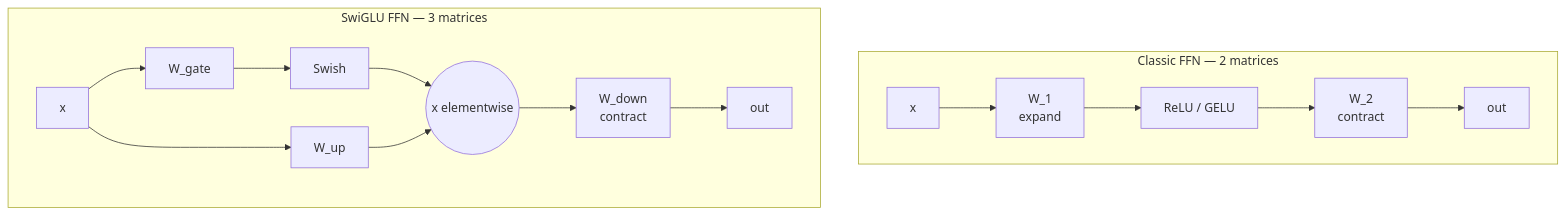
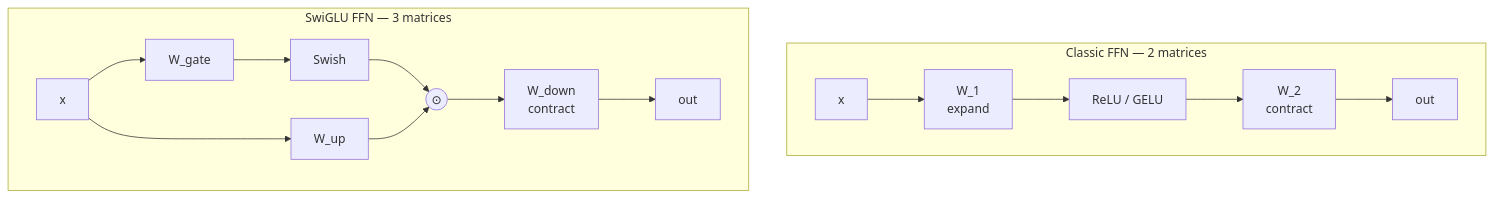
One commit to alliedbrother/ml-interview-notes changed the third of 3 diagrams in content/courses/transformers/07-ffn-and-activations.md. Above: the diagram before and after it, drawn with Mermaid. The commit also changed other lines of this file and 7 other files, not shown here.

````diff
--- a/content/courses/transformers/07-ffn-and-activations.md
+++ b/content/courses/transformers/07-ffn-and-activations.md
@@ -186,18 +186,18 @@
 ```mermaid
 flowchart TD
     subgraph CLASSIC["Classic FFN — 2 matrices"]
         C1["x"] --> C2["W_1<br/>expand"]
         C2 --> C3["ReLU / GELU"]
         C3 --> C4["W_2<br/>contract"]
         C4 --> C5["out"]
     end
     subgraph SWIGLU["SwiGLU FFN — 3 matrices"]
         S1["x"] --> S2["W_gate"]
         S1 --> S3["W_up"]
         S2 --> S4["Swish"]
-        S4 --> S5(("x elementwise"))
+        S4 --> S5(("⊙"))
         S3 --> S5
         S5 --> S6["W_down<br/>contract"]
         S6 --> S7["out"]
     end
 ```
````
